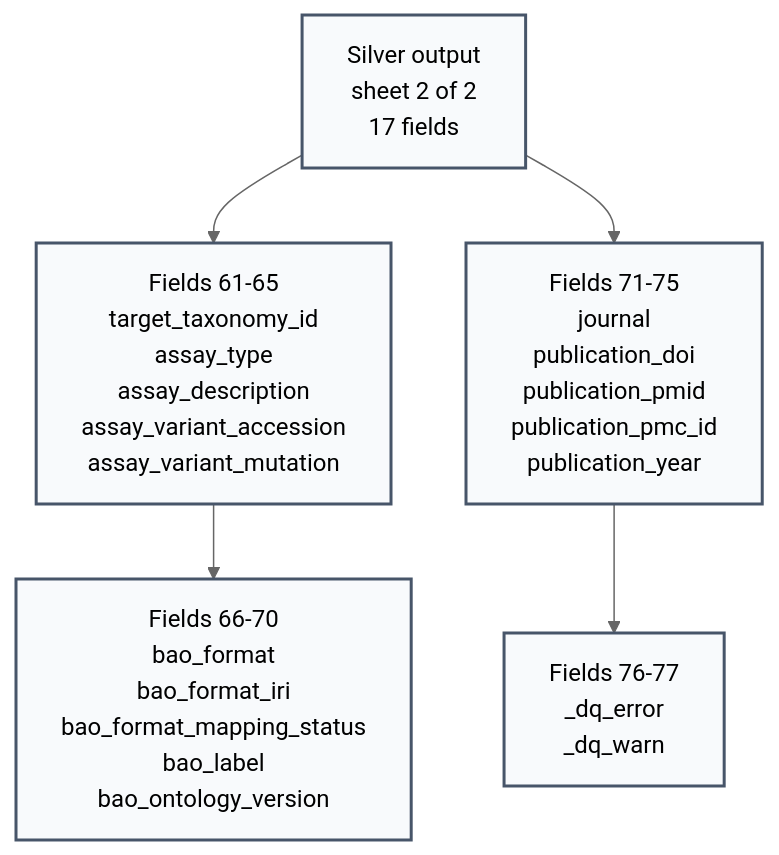
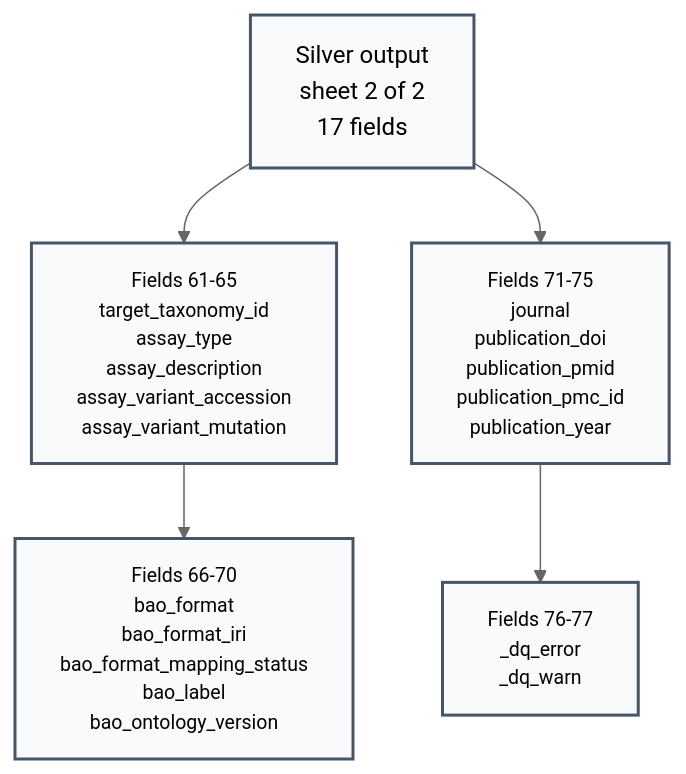
The diagram in docs/02-architecture/diagrams/architecture/51b-chembl-activity-silver-fields-2.mmd (SatoryKono/BioactivityDataAcquisition), drawn with Mermaid before and after one commit. The commit also changed 6 other files, not shown here.

Commit message:
fix(diagrams): size chembl field card labels

```diff
--- a/docs/02-architecture/diagrams/architecture/51b-chembl-activity-silver-fields-2.mmd
+++ b/docs/02-architecture/diagrams/architecture/51b-chembl-activity-silver-fields-2.mmd
@@ -1,28 +1,30 @@
 %% BioETL — ChEMBL Activity Silver Output Fields 2 Of 2
 %% Generated from the resolved chembl_activity configuration and contracts.
 
 %% @version 1.0.0
 %% @date    2026-07-18
 %% @type    flowchart
 %% @level   Pipeline / Silver Contract
 %% @nodes   5
 %% @adr     ADR-002, ADR-040
 %%{init: {'theme': 'neutral', 'themeVariables': {'fontFamily': 'Inter, system-ui', 'lineWidth': '2'}, 'flowchart': {'wrappingWidth': 360}}}%%
 flowchart TB
     Layer["Silver output<br/>sheet 2 of 2<br/>17 fields"]
     Fields1["Fields 61-65<br/>target_taxonomy_id<br/>assay_type<br/>assay_description<br/>assay_variant_accession<br/>assay_variant_mutation"]
     Fields2["Fields 66-70<br/>bao_format<br/>bao_format_iri<br/>bao_format_mapping_status<br/>bao_label<br/>bao_ontology_version"]
     Fields3["Fields 71-75<br/>journal<br/>publication_doi<br/>publication_pmid<br/>publication_pmc_id<br/>publication_year"]
     Fields4["Fields 76-77<br/>_dq_error<br/>_dq_warn"]
 
     Layer --> Fields1 --> Fields2
     Layer --> Fields3 --> Fields4
 
     class Layer,Fields1,Fields2,Fields3,Fields4 silver
+    class Fields1,Fields2,Fields3,Fields4 fieldCard
+    classDef fieldCard font-size:13px
     classDef source fill:#f1f5f9,stroke:#64748b,stroke-width:2px
     classDef process fill:#f0fdf4,stroke:#16a34a,stroke-width:2px
     classDef bronze fill:#fff7ed,stroke:#f59e0b,stroke-width:2px
     classDef silver fill:#f8fafc,stroke:#475569,stroke-width:2px
     classDef gold fill:#fefce8,stroke:#ca8a04,stroke-width:2px
     classDef dq fill:#f5f3ff,stroke:#7c3aed,stroke-width:2px
     classDef warning fill:#fff1f2,stroke:#dc2626,stroke-width:2px
```
